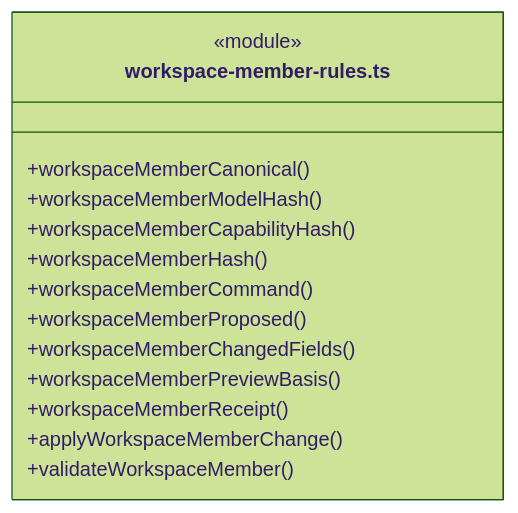
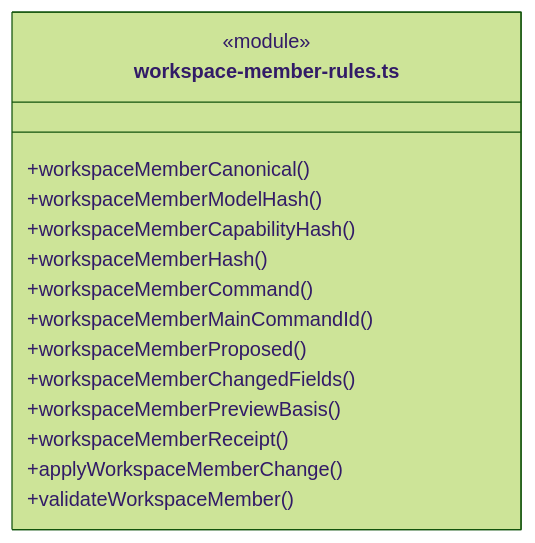
Before and after one commit to nan023062/cbim: diagram 19 of 33 in src/backend/core/team/ARCHITECTURE.md, drawn with Mermaid (forest theme). The commit also changed other lines of this file and 29 other files, not shown here.

Commit message:
feat(team): enable governed main-agent member changes (#36)

````diff
--- a/src/backend/core/team/ARCHITECTURE.md
+++ b/src/backend/core/team/ARCHITECTURE.md
@@ -457,17 +458,18 @@
 ```mermaid
 classDiagram
 class N_src_backend_core_team_workspace_member_rules_ts["workspace-member-rules.ts"] {
   <<module>>
   +workspaceMemberCanonical()
   +workspaceMemberModelHash()
   +workspaceMemberCapabilityHash()
   +workspaceMemberHash()
   +workspaceMemberCommand()
+  +workspaceMemberMainCommandId()
   +workspaceMemberProposed()
   +workspaceMemberChangedFields()
   +workspaceMemberPreviewBasis()
   +workspaceMemberReceipt()
   +applyWorkspaceMemberChange()
   +validateWorkspaceMember()
 }
 ```
````
